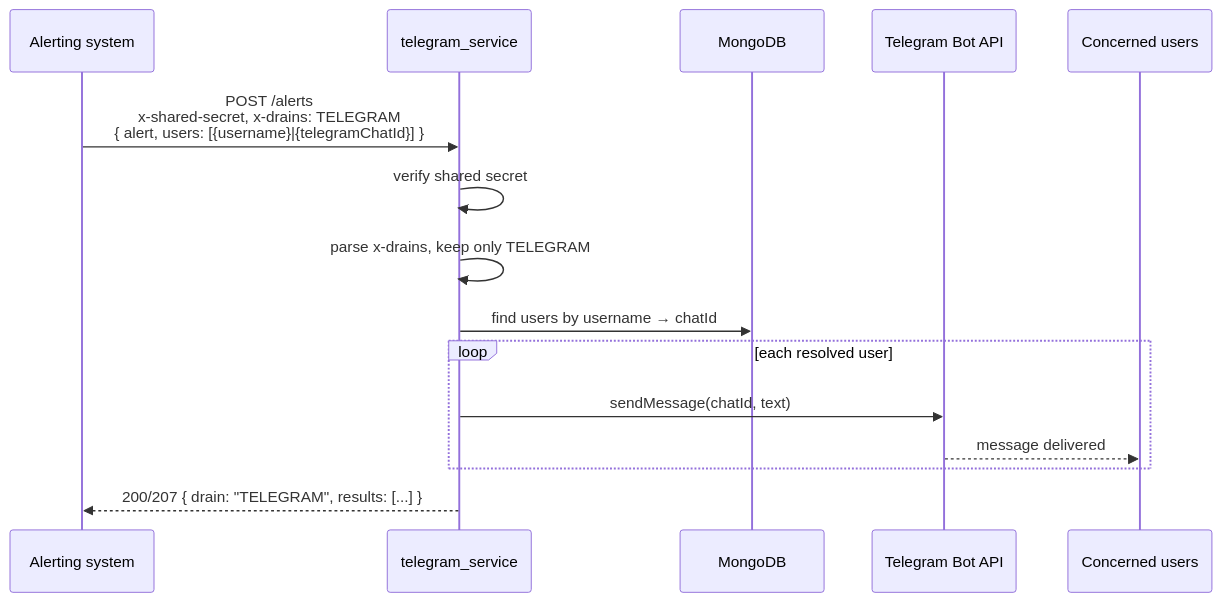
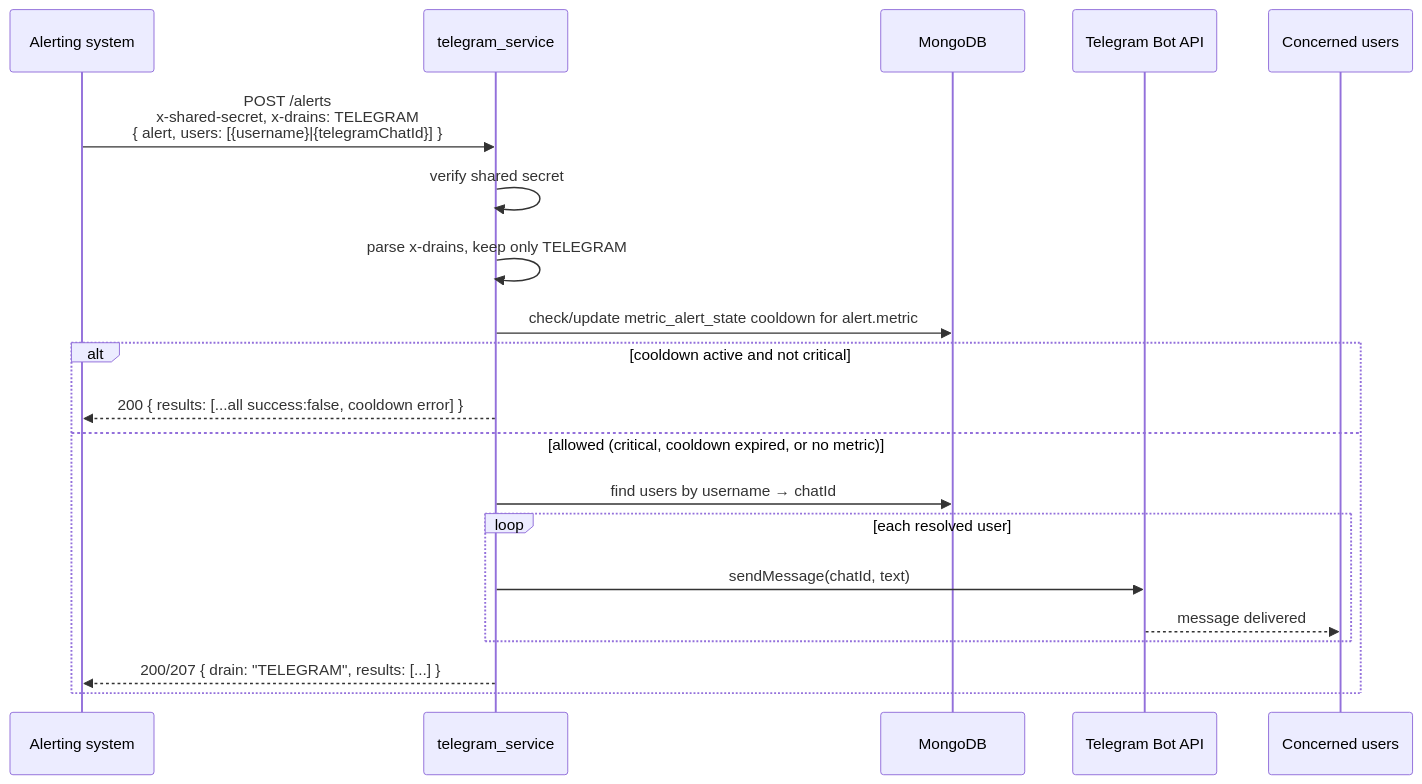
The second of 2 diagrams in docs/workflow.md (ash2228/message_service_datum), drawn with Mermaid before and after one commit. The commit also changed other lines of this file and 10 other files, not shown here.

First line of the commit message:
feat(alerts): per-metric cooldown to suppress repeat alerts

````diff
--- a/docs/workflow.md
+++ b/docs/workflow.md
@@ -42,18 +42,23 @@
 ```mermaid
 sequenceDiagram
     participant Upstream as Alerting system
     participant Svc as telegram_service
     participant Mongo as MongoDB
     participant TG as Telegram Bot API
     participant Users as Concerned users
 
     Upstream->>Svc: POST /alerts<br/>x-shared-secret, x-drains: TELEGRAM<br/>{ alert, users: [{username}|{telegramChatId}] }
     Svc->>Svc: verify shared secret
     Svc->>Svc: parse x-drains, keep only TELEGRAM
-    Svc->>Mongo: find users by username → chatId
-    loop each resolved user
-        Svc->>TG: sendMessage(chatId, text)
-        TG-->>Users: message delivered
+    Svc->>Mongo: check/update metric_alert_state cooldown for alert.metric
+    alt cooldown active and not critical
+        Svc-->>Upstream: 200 { results: [...all success:false, cooldown error] }
+    else allowed (critical, cooldown expired, or no metric)
+        Svc->>Mongo: find users by username → chatId
+        loop each resolved user
+            Svc->>TG: sendMessage(chatId, text)
+            TG-->>Users: message delivered
+        end
+        Svc-->>Upstream: 200/207 { drain: "TELEGRAM", results: [...] }
     end
-    Svc-->>Upstream: 200/207 { drain: "TELEGRAM", results: [...] }
 ```
````
